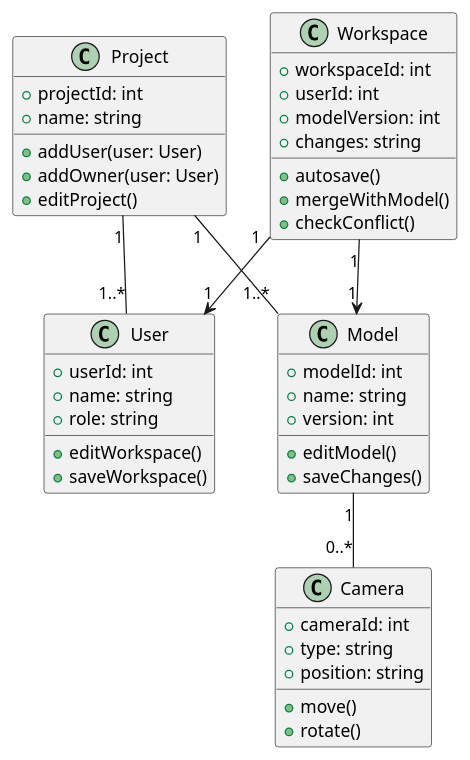
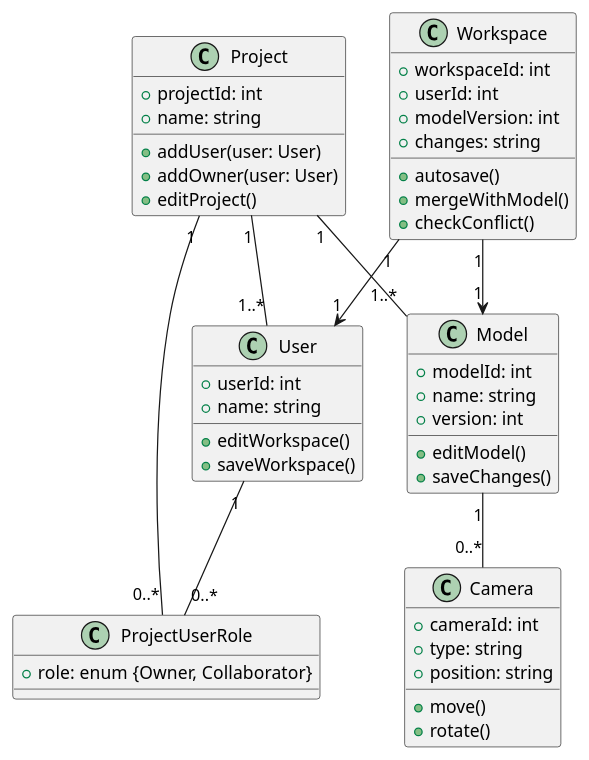
One commit to Ministry-of-Learning-of-Jura-Kites/OmniCam changed the diagram in docs/diagrams/class.puml. Above: the diagram before and after it, drawn with PlantUML. The commit also changed 6 other files, not shown here.

Commit message:
organize diagrams

```diff
--- a/docs/diagrams/class.puml
+++ b/docs/diagrams/class.puml
@@ -1,51 +1,56 @@
 @startuml class diagram
 class User {
     +userId: int
     +name: string
-    +role: string
     +editWorkspace()
     +saveWorkspace()
+}
+
+class ProjectUserRole {
+    +role: enum {Owner, Collaborator}
 }
 
 class Project {
     +projectId: int
     +name: string
     +addUser(user: User)
     +addOwner(user: User)
     +editProject()
 }
 
 class Model {
     +modelId: int
     +name: string
     +version: int
     +editModel()
     +saveChanges()
 }
 
 class Camera {
     +cameraId: int
     +type: string
     +position: string
     +move()
     +rotate()
 }
 
 class Workspace {
     +workspaceId: int
     +userId: int
     +modelVersion: int
     +changes: string
     +autosave()
     +mergeWithModel()
     +checkConflict()
 }
 
 ' Relationships
 Project "1" -- "1..*" Model
 Project "1" -- "1..*" User
 Model "1" -- "0..*" Camera
 Workspace "1" --> "1" User
 Workspace "1" --> "1" Model
+User "1" -- "0..*" ProjectUserRole
+Project "1" -- "0..*" ProjectUserRole
 
 @enduml
```
